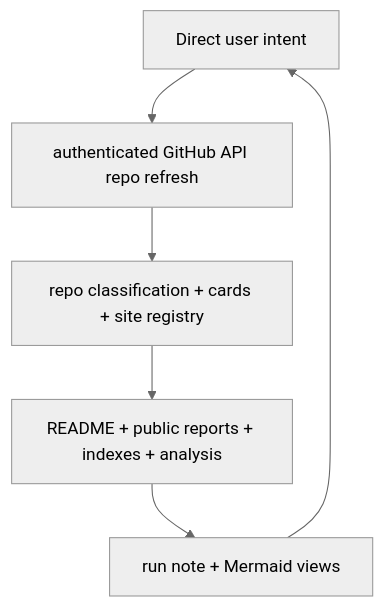
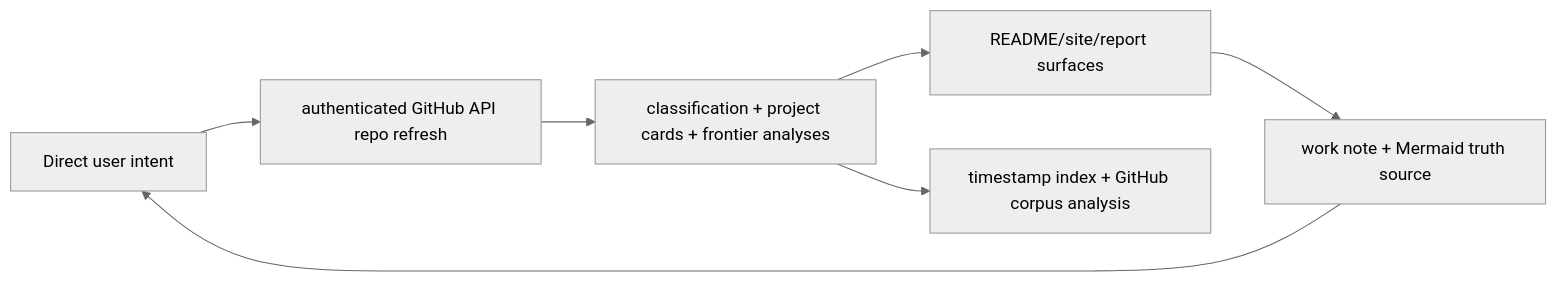
One commit to Shiyao-Huang/awesome-agent-evolution changed the diagram in .mermaid/current/graph.mmd. Above: the diagram before and after it, drawn with Mermaid (neutral theme). The commit also changed 44 other files, not shown here.

```diff
--- a/.mermaid/current/graph.mmd
+++ b/.mermaid/current/graph.mmd
@@ -1,6 +1,7 @@
-graph TD
+flowchart LR
   intent["Direct user intent"] --> raw["authenticated GitHub API repo refresh"]
-  raw --> processed["repo classification + cards + site registry"]
-  processed --> results["README + public reports + indexes + analysis"]
-  results --> note["run note + Mermaid views"]
+  raw --> processed["classification + project cards + frontier analyses"]
+  processed --> results["README/site/report surfaces"]
+  processed --> indexes["timestamp index + GitHub corpus analysis"]
+  results --> note["work note + Mermaid truth source"]
   note --> intent
```
